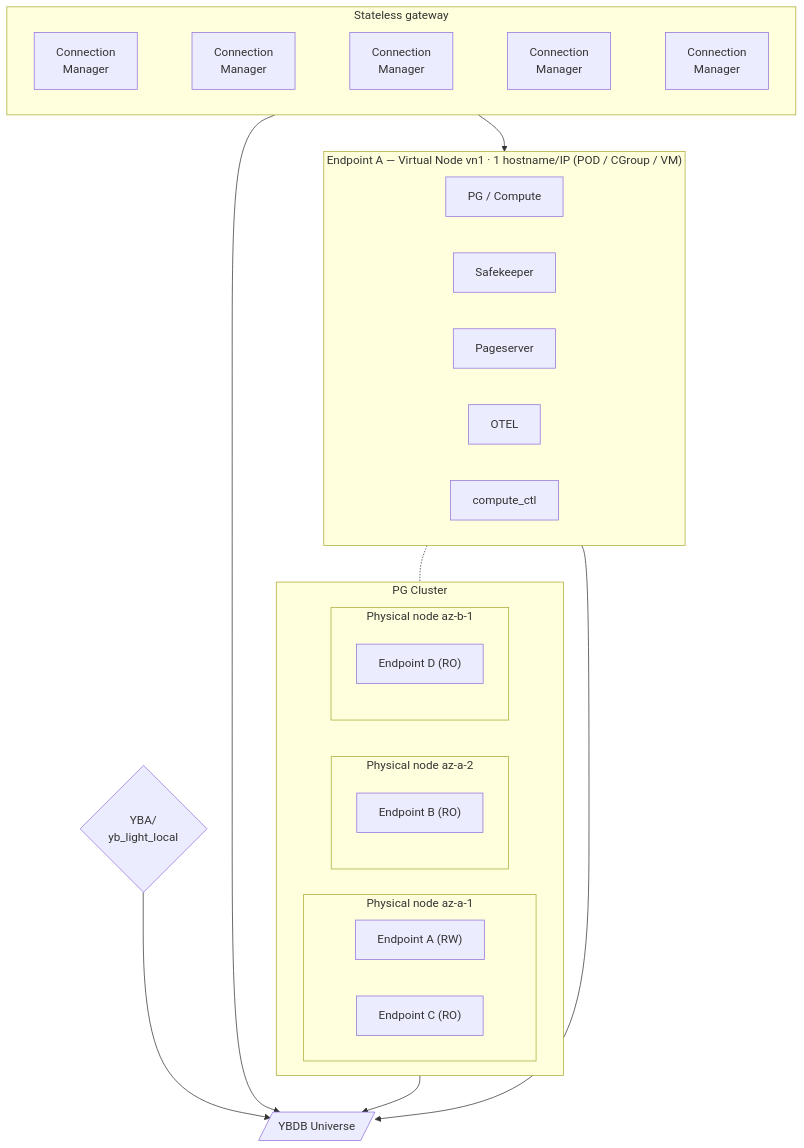
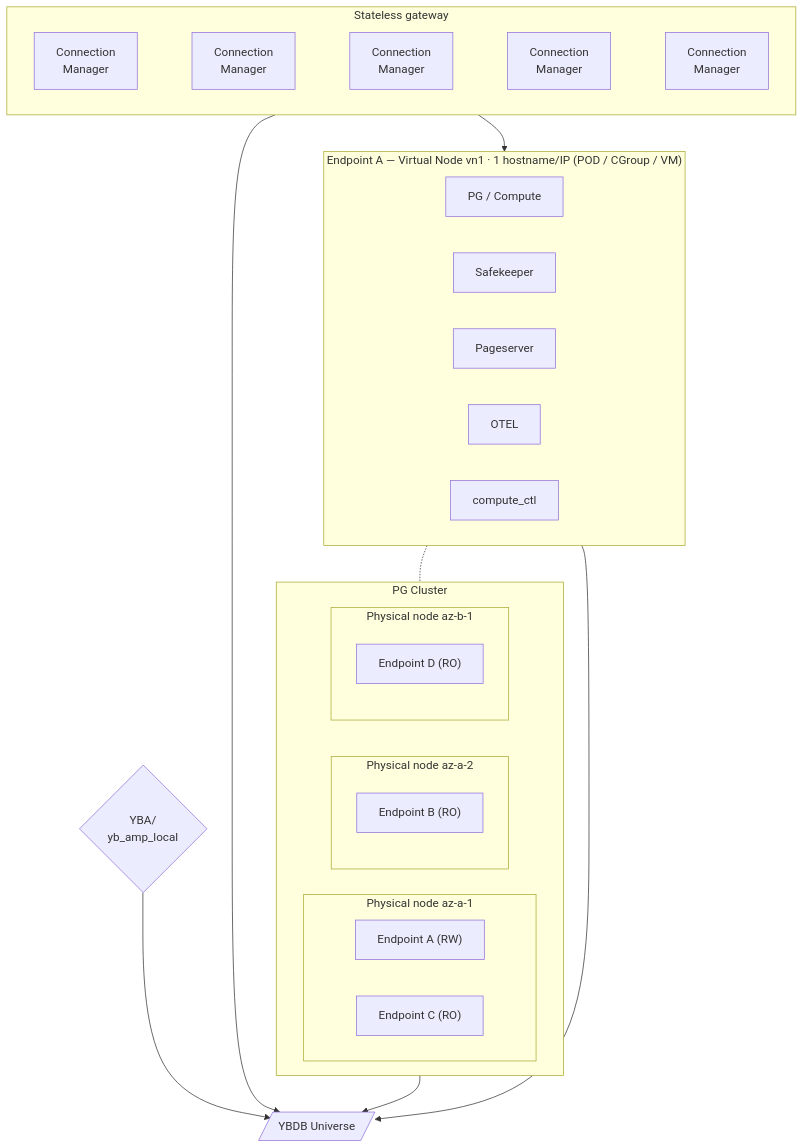
The third of 3 diagrams in README.md (yugabyte/meko), drawn with Mermaid before and after one commit. The commit also changed other lines of this file and 397 other files, not shown here.

First line of the commit message:
rebrand: rename yb-light -> yb-amp across the tree (all casings) (#288)

````diff
--- a/README.md
+++ b/README.md
@@ -171,45 +171,45 @@
 ```mermaid
 flowchart TB
     subgraph gw["Stateless gateway"]
         direction LR
         cm1["Connection<br/>Manager"]
         cm2["Connection<br/>Manager"]
         cm3["Connection<br/>Manager"]
         cm4["Connection<br/>Manager"]
         cm5["Connection<br/>Manager"]
         cm1 ~~~ cm2 ~~~ cm3 ~~~ cm4 ~~~ cm5
     end
 
     subgraph epA["Endpoint A — Virtual Node vn1 · 1 hostname/IP (POD / CGroup / VM)"]
         direction LR
         pg["PG / Compute"]
         sk["Safekeeper"]
         ps["Pageserver"]
         otel["OTEL"]
         cctl["compute_ctl"]
     end
 
     subgraph pgc["PG Cluster"]
         direction LR
         subgraph naz1["Physical node az-a-1"]
             pA["Endpoint A (RW)"]
             pC["Endpoint C (RO)"]
         end
         subgraph naz2["Physical node az-a-2"]
             pB["Endpoint B (RO)"]
         end
         subgraph naz3["Physical node az-b-1"]
             pD["Endpoint D (RO)"]
         end
     end
 
-    yba{"YBA/<br/>yb_light_local"}
+    yba{"YBA/<br/>yb_amp_local"}
     ybdb[/"YBDB Universe"/]
 
     gw --> pg
     yba --> ybdb
     gw --> ybdb
     epA -.- pA
     epA --> ybdb
     pgc --> ybdb
 ```
````
